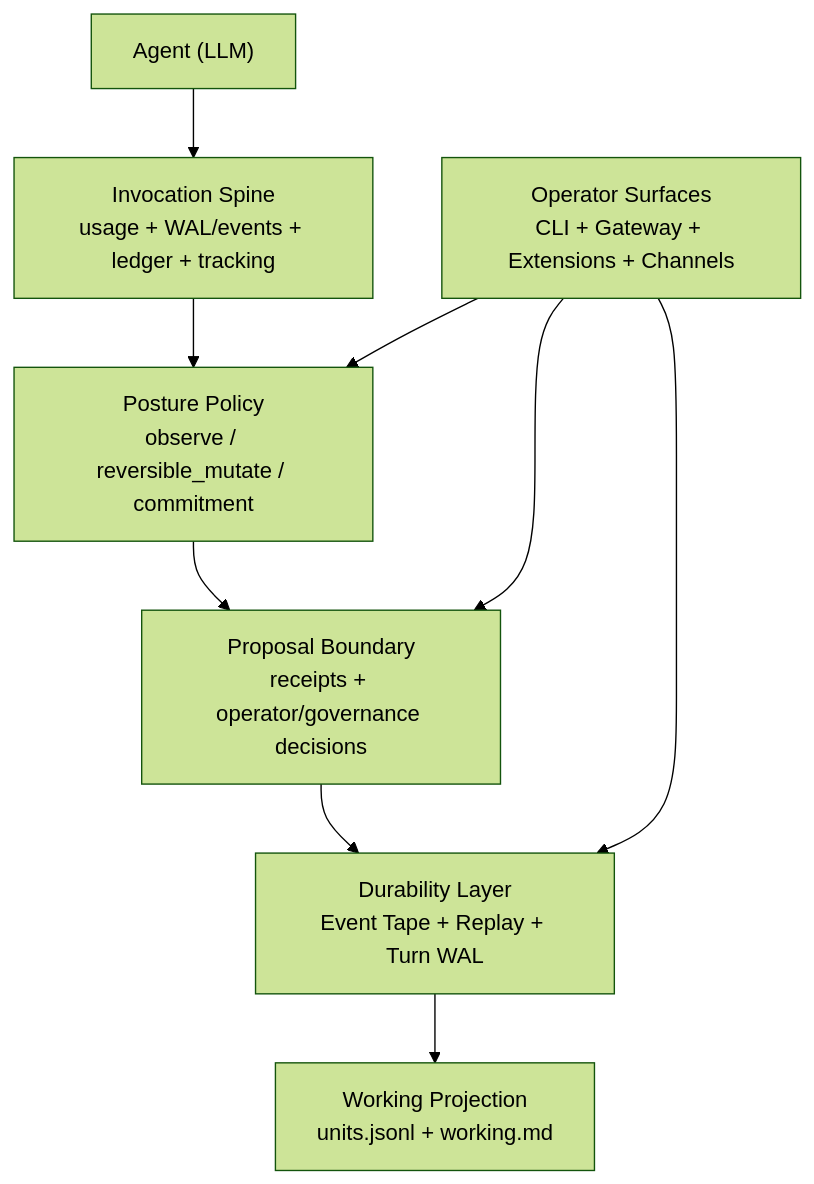
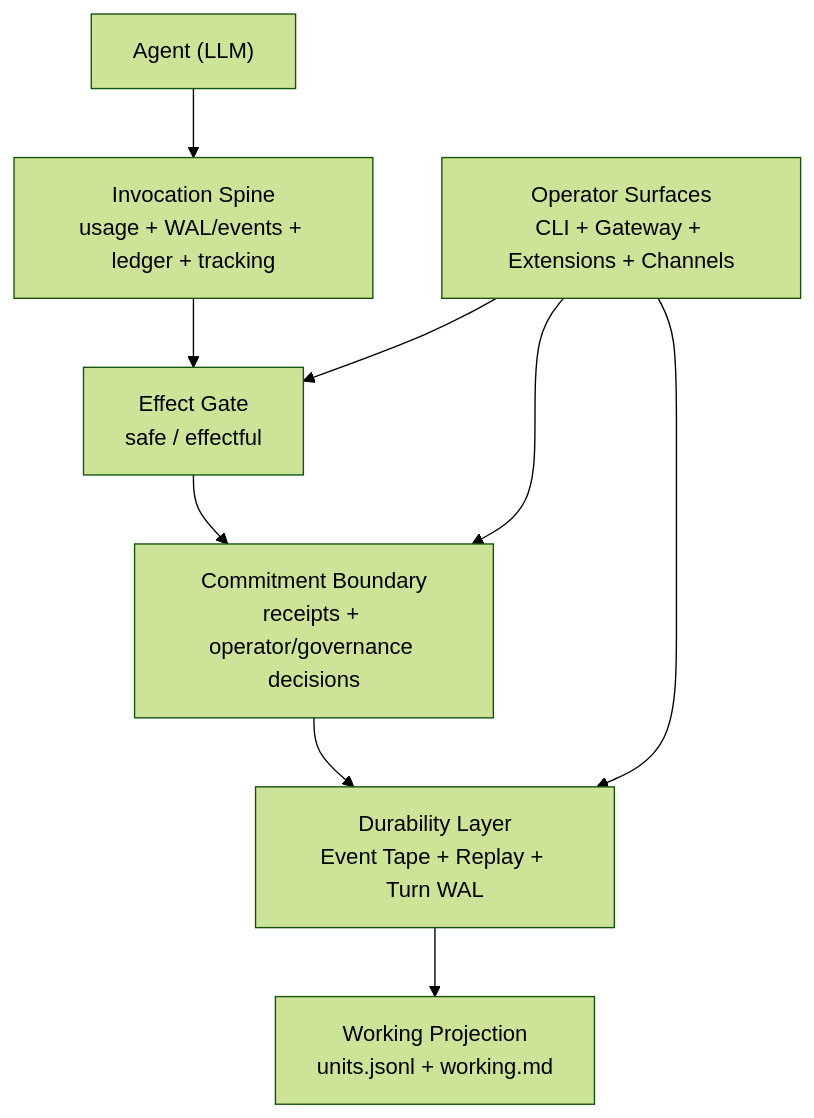
One commit to arcthur/Brewva changed the diagram in README.md. Above: the diagram before and after it, drawn with Mermaid (forest theme). The commit also changed other lines of this file and 249 other files, not shown here.

````diff
--- a/README.md
+++ b/README.md
@@ -29,19 +29,19 @@
 ```mermaid
 flowchart TD
   AGENT["Agent (LLM)"]
   SPINE["Invocation Spine<br/>usage + WAL/events + ledger + tracking"]
-  POSTURE["Posture Policy<br/>observe / reversible_mutate / commitment"]
-  BOUNDARY["Proposal Boundary<br/>receipts + operator/governance decisions"]
+  EFFECT["Effect Gate<br/>safe / effectful"]
+  BOUNDARY["Commitment Boundary<br/>receipts + operator/governance decisions"]
   DURABILITY["Durability Layer<br/>Event Tape + Replay + Turn WAL"]
   PROJECTION["Working Projection<br/>units.jsonl + working.md"]
   OPERATORS["Operator Surfaces<br/>CLI + Gateway + Extensions + Channels"]
 
   AGENT --> SPINE
-  SPINE --> POSTURE
-  POSTURE --> BOUNDARY
+  SPINE --> EFFECT
+  EFFECT --> BOUNDARY
   BOUNDARY --> DURABILITY
   DURABILITY --> PROJECTION
-  OPERATORS --> POSTURE
+  OPERATORS --> EFFECT
   OPERATORS --> BOUNDARY
   OPERATORS --> DURABILITY
 ```
````
